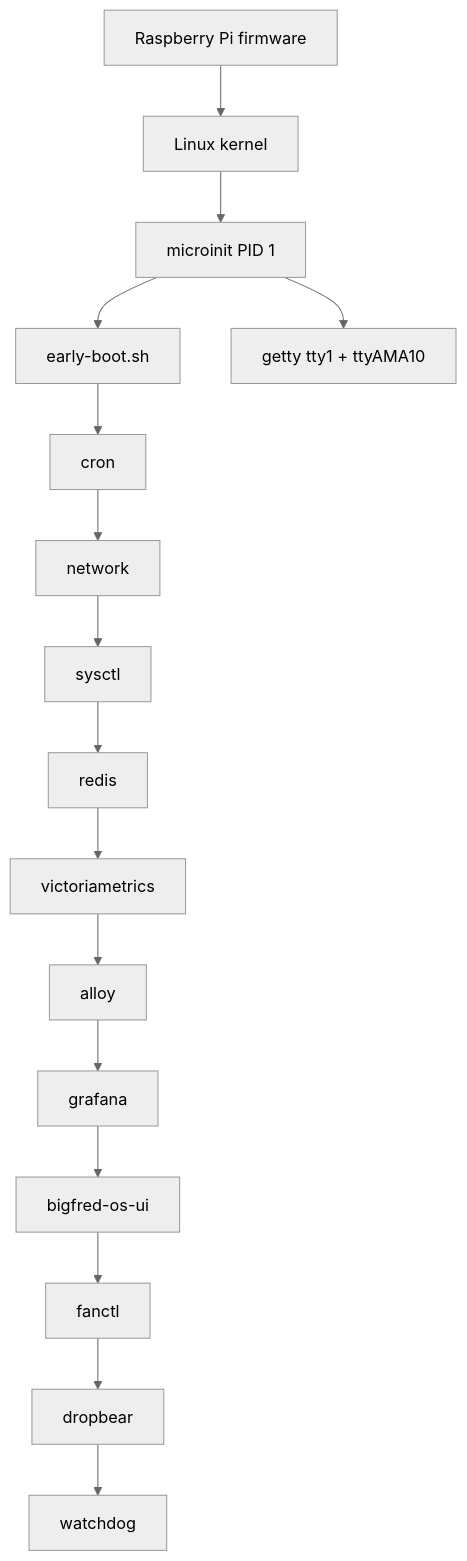
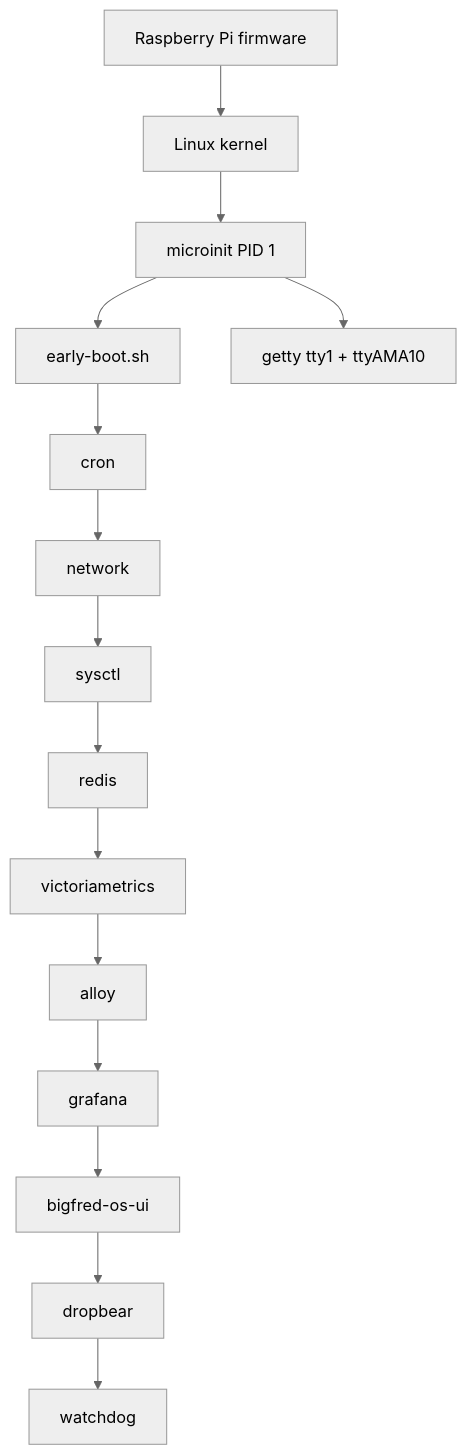
One commit to dcc-bigfred/docs changed the diagram in content/en/specs/os/01-overview-and-init.md. Above: the diagram before and after it, drawn with Mermaid (neutral theme). The commit also changed other lines of this file and 6 other files, not shown here.

First line of the commit message:
docs: kernel pwm-fan at 35°C, remove fanctl references

````diff
--- a/content/en/specs/os/01-overview-and-init.md
+++ b/content/en/specs/os/01-overview-and-init.md
@@ -137,18 +137,17 @@
 ```mermaid
 flowchart TD
   FW[Raspberry Pi firmware] --> K[Linux kernel]
   K --> INIT[microinit PID 1]
   INIT --> EB[early-boot.sh]
   EB --> CRON[cron]
   CRON --> NET[network]
   NET --> SYS[sysctl]
   SYS --> REDIS[redis]
   REDIS --> VM[victoriametrics]
   VM --> ALLOY[alloy]
   ALLOY --> GRAF[grafana]
   GRAF --> UI[bigfred-os-ui]
-  UI --> FAN[fanctl]
-  FAN --> DROP[dropbear]
+  UI --> DROP[dropbear]
   DROP --> WD[watchdog]
   INIT --> GETTY[getty tty1 + ttyAMA10]
 ```
````
